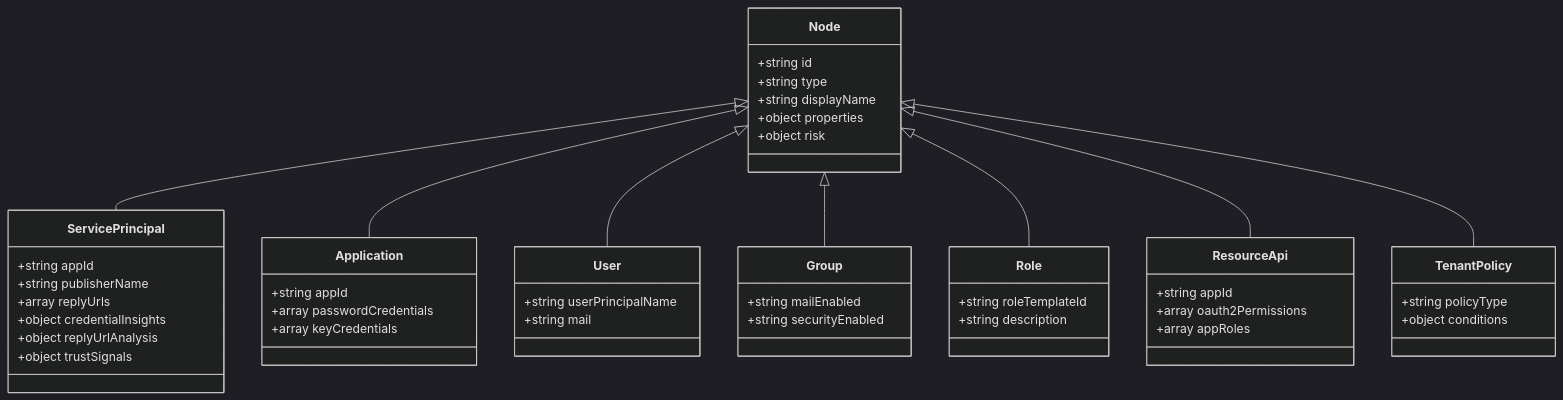
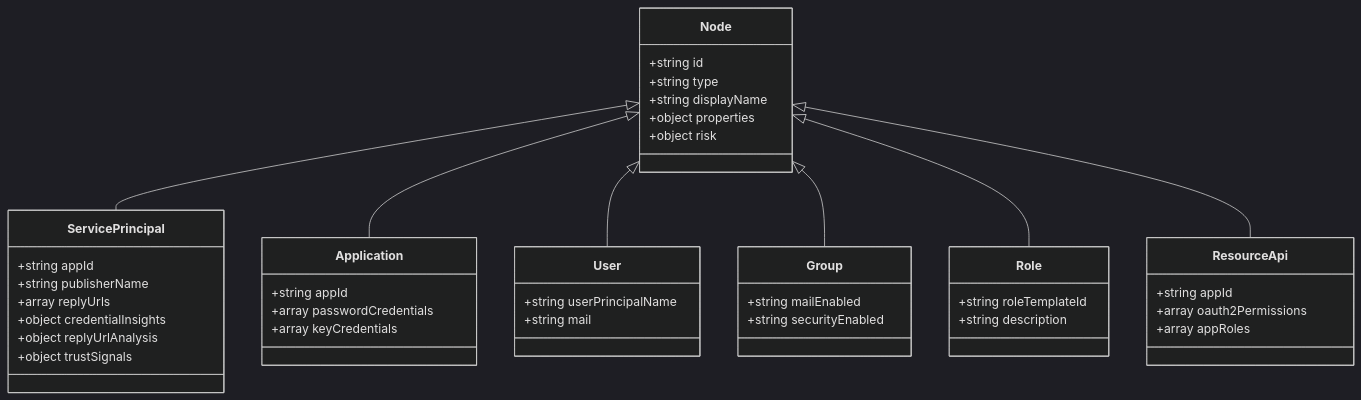
Before and after one commit to OID-See/OID-See: the second of 3 diagrams in docs/schema.md, drawn with Mermaid (dark theme). The commit also changed other lines of this file and 4 other files, not shown here.

````diff
--- a/docs/schema.md
+++ b/docs/schema.md
@@ -102,59 +100,53 @@
 ```mermaid
 classDiagram
     class Node {
         +string id
         +string type
         +string displayName
         +object properties
         +object risk
     }
     
     class ServicePrincipal {
         +string appId
         +string publisherName
         +array replyUrls
         +object credentialInsights
         +object replyUrlAnalysis
         +object trustSignals
     }
     
     class Application {
         +string appId
         +array passwordCredentials
         +array keyCredentials
     }
     
     class User {
         +string userPrincipalName
         +string mail
     }
     
     class Group {
         +string mailEnabled
         +string securityEnabled
     }
     
     class Role {
         +string roleTemplateId
         +string description
     }
     
     class ResourceApi {
         +string appId
         +array oauth2Permissions
         +array appRoles
     }
     
-    class TenantPolicy {
-        +string policyType
-        +object conditions
-    }
-    
     Node <|-- ServicePrincipal
     Node <|-- Application
     Node <|-- User
     Node <|-- Group
     Node <|-- Role
     Node <|-- ResourceApi
-    Node <|-- TenantPolicy
 ```
````
